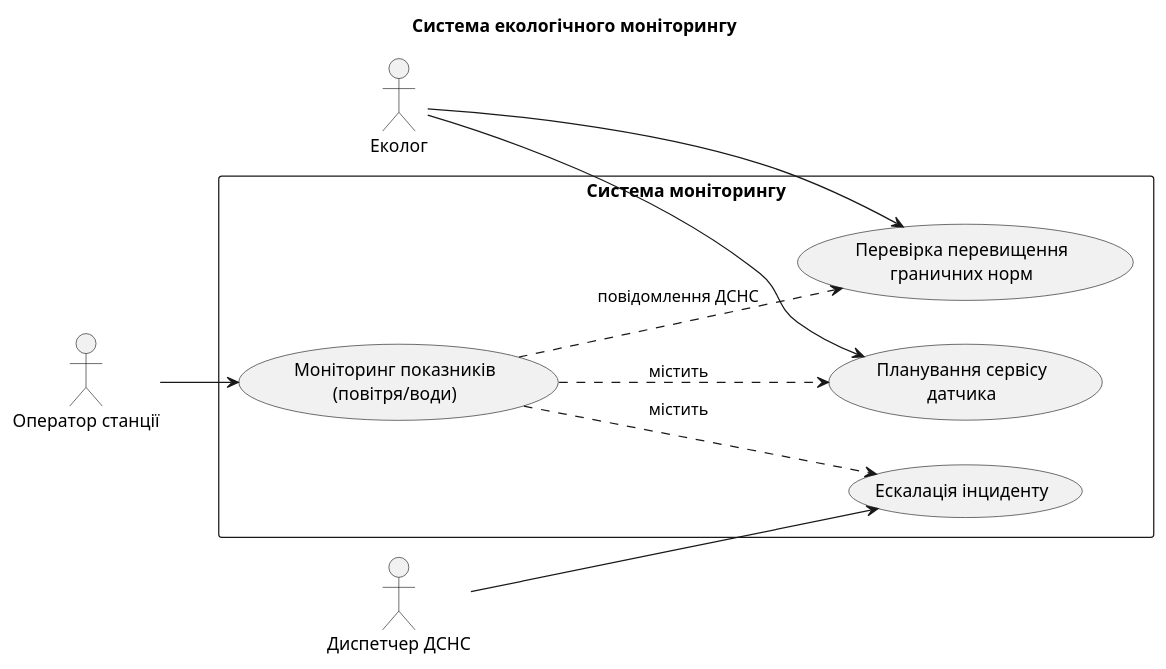
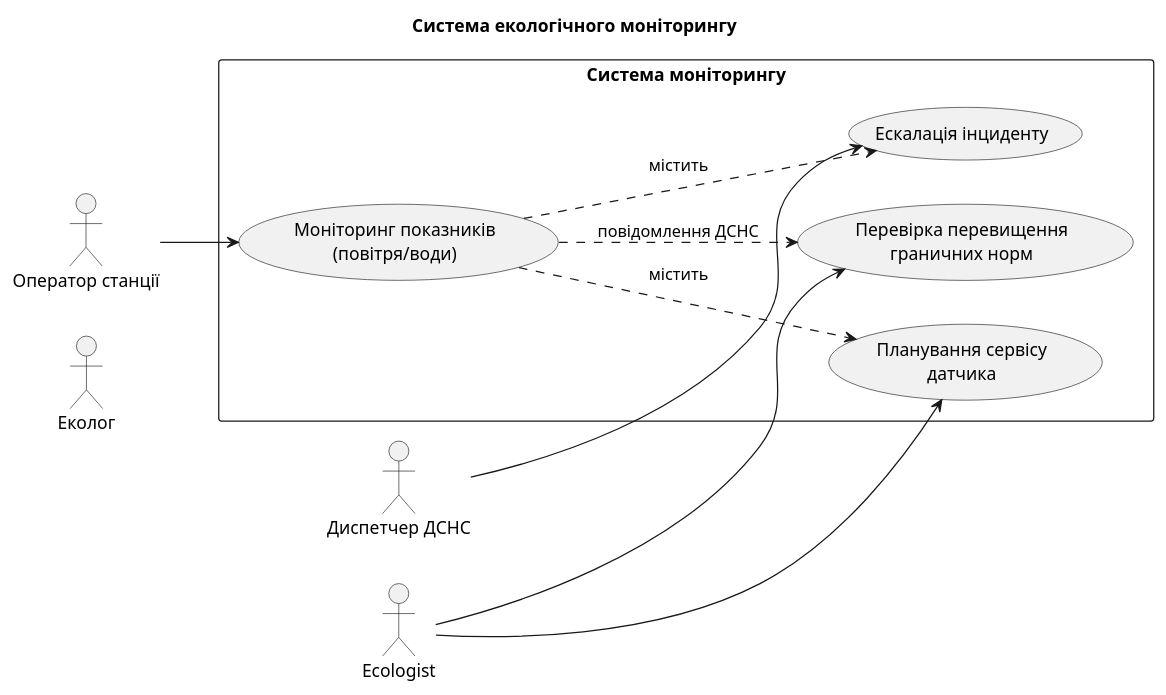
The diagram in docs/usecase.puml (Maxsoson/OOD), drawn with PlantUML before and after one commit. The commit also changed 18 other files, not shown here.

```diff
--- a/docs/usecase.puml
+++ b/docs/usecase.puml
@@ -1,27 +1,27 @@
 @startuml
 title Система екологічного моніторингу
 left to right direction
 
-actor "Еколог" as Ecologist
+actor "Еколог" as Ec0ologist
 actor "Оператор станції" as Operator
 actor "Диспетчер ДСНС" as Dispatcher
 
 rectangle "Система моніторингу" {
   usecase UC1 as "Перевірка перевищення\nграничних норм"
   usecase UC2 as "Планування сервісу\nдатчика"
   usecase UC3 as "Моніторинг показників\n(повітря/води)"
   usecase UC4 as "Ескалація інциденту"
 }
 
 ' Прямі зв’язки акторів
 Ecologist --> UC1
 Ecologist --> UC2
 Operator --> UC3
 Dispatcher --> UC4
 
 ' Пунктирні зв’язки всередині системи
 UC3 ..> UC1 : повідомлення ДСНС
 UC3 ..> UC2 : містить
 UC3 ..> UC4 : містить
 
 @enduml
```
